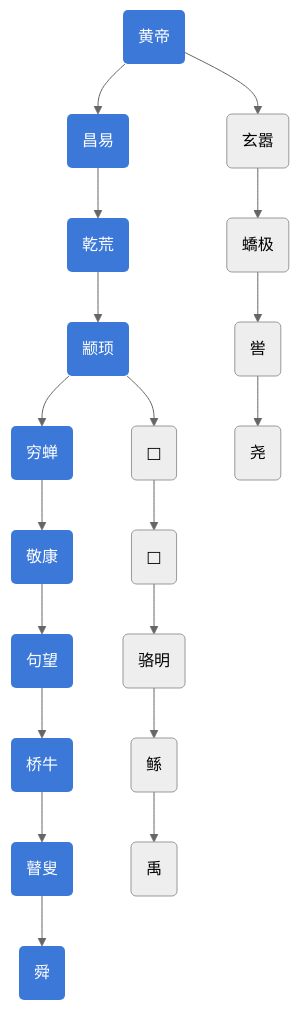
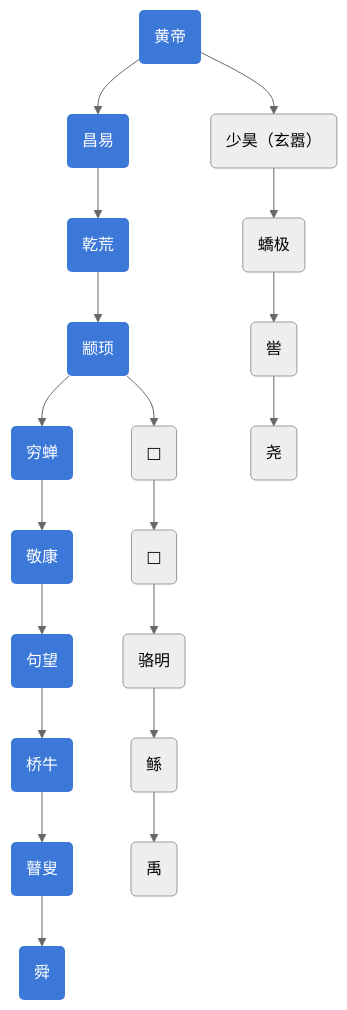
The diagram in 历史/中国史/中国史.md (Jerrybaijy/notes), drawn with Mermaid (neutral theme) before and after one commit. The commit also changed other lines of this file and 2 other files, not shown here.

````diff
--- a/历史/中国史/中国史.md
+++ b/历史/中国史/中国史.md
@@ -279,34 +285,34 @@
 ```mermaid
 graph TD
 	classDef israeliNode fill:#3c78d8,stroke:#333,stroke-width:0px,color:#ffffff;
 	classDef islamNode fill:#5fdd27,stroke:#333,stroke-width:0px,color:#ffffff;
 	classDef judaismNode fill:#FFB900,stroke:#333,stroke-width:0px,color:#ffffff;
 	classDef christNode fill:#F7630C,stroke:#333,stroke-width:0px,color:#ffffff;
 	
 	
 	A(黄帝) --> B(昌易)
 	B --> C(乾荒)
 	C --> D(颛顼)
 	D --> E(穷蝉)
 	E --> F(敬康)
 	F --> G(句望)
 	G --> H(桥牛)
 	H --> I(瞽叟)
 	I --> J(舜)
 	
-	A --> A1(玄嚣)
+	A --> A1(少昊（玄嚣）)
 	A1 --> A2(蟜极)
 	A2 --> A3(喾)
 	A3 --> A4(尧)
 	
 	D --> D1(□)
 	D1 --> D2(□)
 	D2 --> D3(骆明)
 	D3 --> D4(鲧)
 	D4 --> D5(禹)
 	
 	class A,B,C,D,E,F,G,H,I,J,K,L,M,N,O,P israeliNode;
 	class F1,F2,F3,F4,F5,F6 islamNode;
 	class H1,H2,H3,H4 judaismNode;
 	class M1,M2,M3,M4,M5,M6 christNode;
 ```
````
